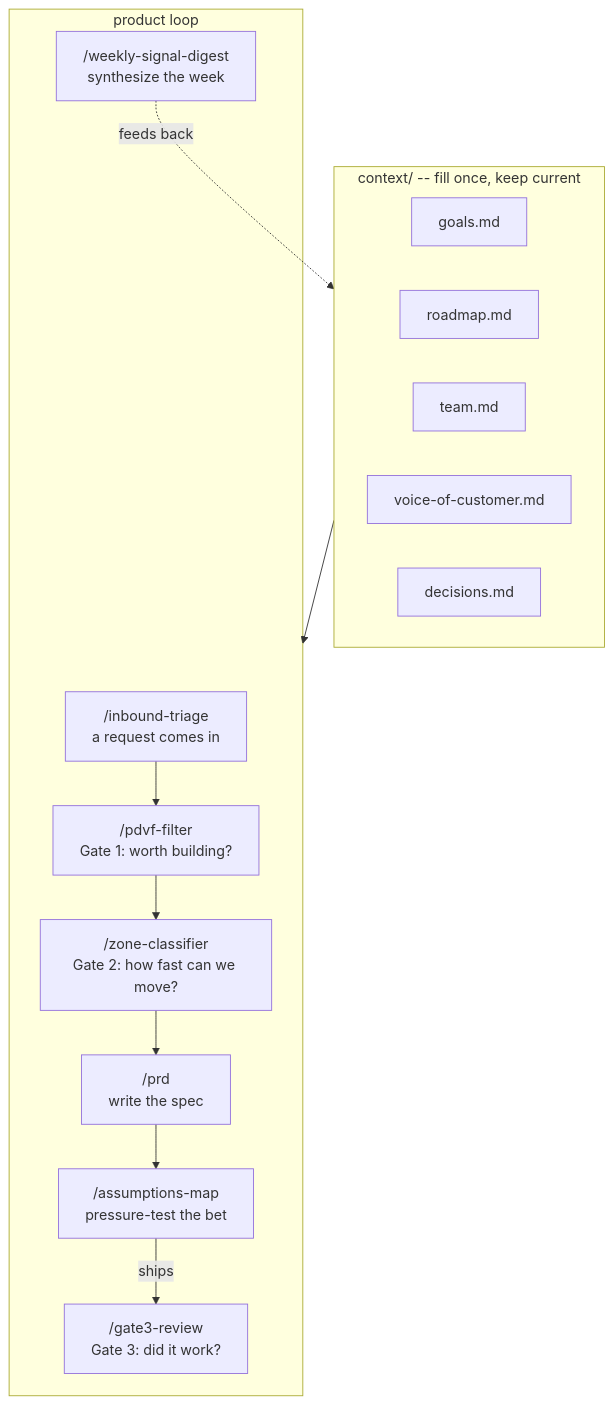
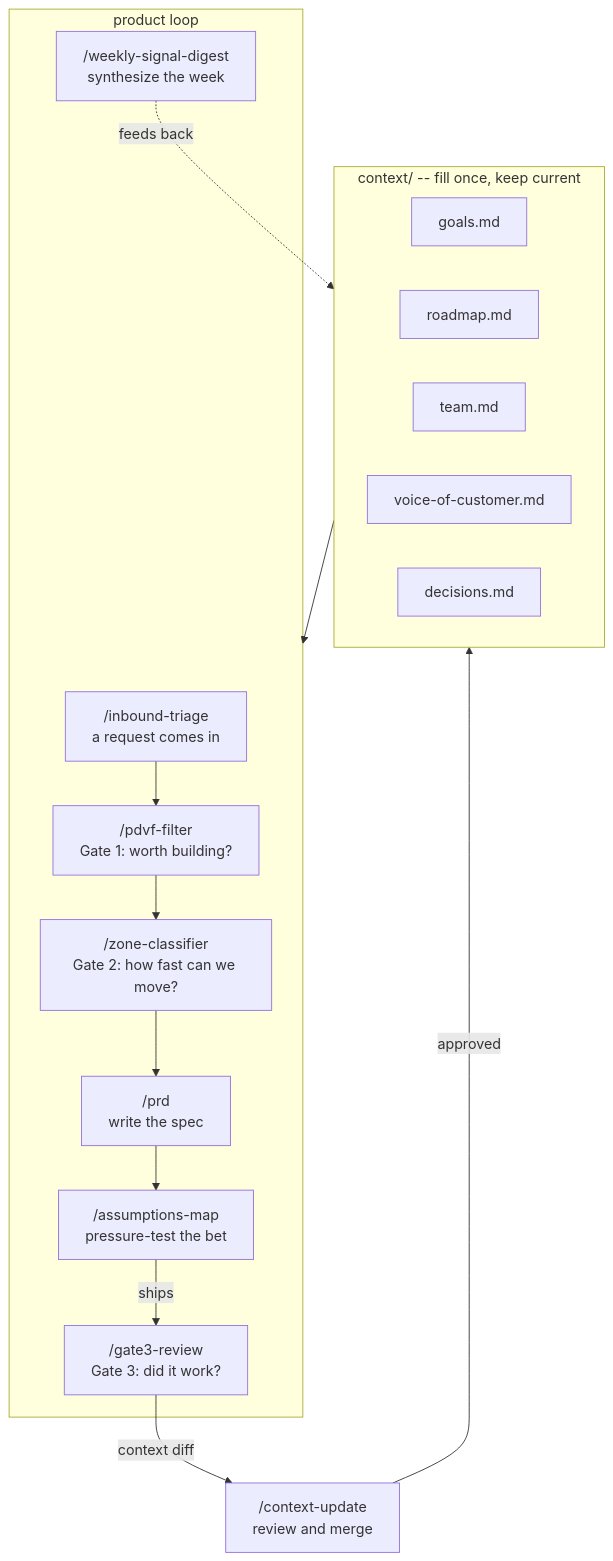
The diagram in README.md (davemastersnyc/seam-starter), drawn with Mermaid before and after one commit. The commit also changed other lines of this file, not shown here.

First line of the commit message:
Update README: write-back loop, /context-update skill, keeping context current

````diff
--- a/README.md
+++ b/README.md
@@ -61,29 +61,31 @@
 ```mermaid
 flowchart TD
     subgraph ctx ["context/ -- fill once, keep current"]
         G[goals.md]
         R[roadmap.md]
         T[team.md]
         V[voice-of-customer.md]
         D[decisions.md]
     end
 
     subgraph loop ["product loop"]
         IT["/inbound-triage\na request comes in"]
         PF["/pdvf-filter\nGate 1: worth building?"]
         ZC["/zone-classifier\nGate 2: how fast can we move?"]
         PR["/prd\nwrite the spec"]
         AM["/assumptions-map\npressure-test the bet"]
         G3["/gate3-review\nGate 3: did it work?"]
         WS["/weekly-signal-digest\nsynthesize the week"]
     end
 
     ctx --> loop
 
     IT --> PF
     PF --> ZC
     ZC --> PR
     PR --> AM
     AM -->|ships| G3
     WS -.->|feeds back| ctx
+    G3 -->|context diff| CU["/context-update\nreview and merge"]
+    CU -->|approved| ctx
 ```
````
